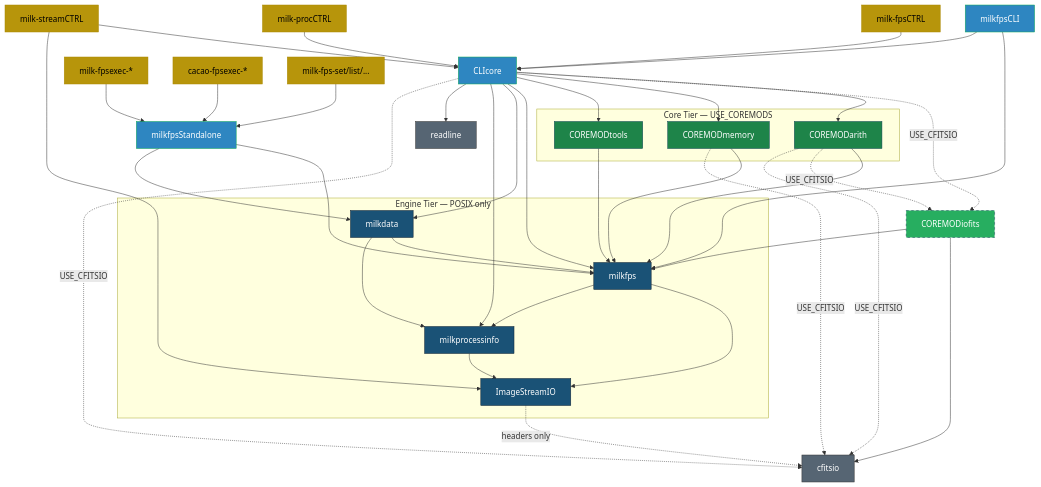
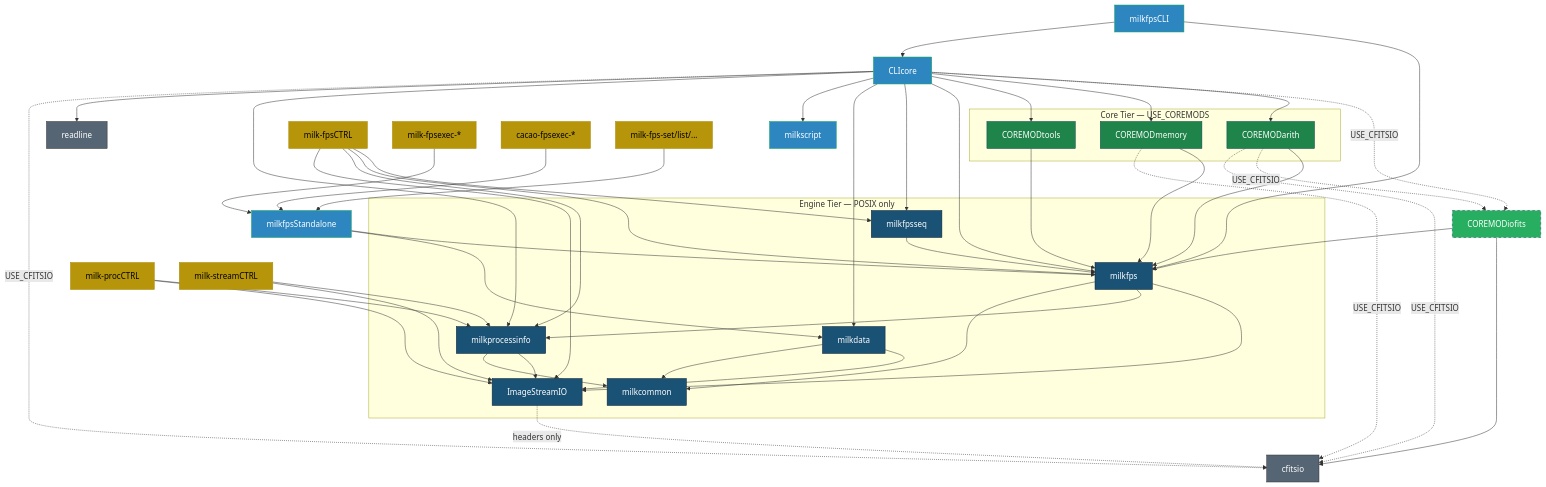
Before and after one commit to milk-org/milk: the first of 3 diagrams in docs/dependency_graph.md, drawn with Mermaid. The commit also changed other lines of this file and 10 other files, not shown here.

```diff
--- a/docs/dependency_graph.md
+++ b/docs/dependency_graph.md
@@ -30,10 +30,14 @@
 
     subgraph engine ["Engine Tier — POSIX only"]
         ISIO["ImageStreamIO"]:::core
+        COMMON["milkcommon"]:::core
         PROCINFO["milkprocessinfo"]:::core
         FPS["milkfps"]:::core
         MILKDATA["milkdata"]:::core
+        FPSSEQ["milkfpsseq"]:::core
     end
+
+    MILKSCRIPT["milkscript"]:::fw
 
     FPSCLI["milkfpsCLI"]:::fw
     FPSSTANDALONE["milkfpsStandalone"]:::fw
@@ -56,11 +60,15 @@
     FPSTOOLS["milk-fps-set/list/..."]:::exe
 
     ISIO -.->|headers only| CFITSIO
+    COMMON
     PROCINFO --> ISIO
+    PROCINFO --> COMMON
     FPS --> ISIO
     FPS --> PROCINFO
-    MILKDATA --> FPS
-    MILKDATA --> PROCINFO
+    FPS --> COMMON
+    MILKDATA --> ISIO
+    MILKDATA --> COMMON
+    FPSSEQ --> FPS
     IOFITS --> FPS
     IOFITS --> CFITSIO
     ARITH --> FPS
@@ -80,14 +88,20 @@
     CLICORE --> MEMORY
     CLICORE --> TOOLS
     CLICORE --> FPS
+    CLICORE --> FPSSEQ
     CLICORE --> MILKDATA
+    CLICORE --> MILKSCRIPT
     CLICORE --> PROCINFO
     CLICORE --> READLINE
     CLICORE -.->|USE_CFITSIO| CFITSIO
 
-    FPSCTRL --> CLICORE
-    PROCCTRL --> CLICORE
-    STREAMCTRL --> CLICORE
+    FPSCTRL --> FPSSEQ
+    FPSCTRL --> FPS
+    FPSCTRL --> PROCINFO
+    FPSCTRL --> ISIO
+    PROCCTRL --> PROCINFO
+    PROCCTRL --> ISIO
+    STREAMCTRL --> PROCINFO
     STREAMCTRL --> ISIO
     MILKEXE --> FPSSTANDALONE
     CACAOEXE --> FPSSTANDALONE
```
